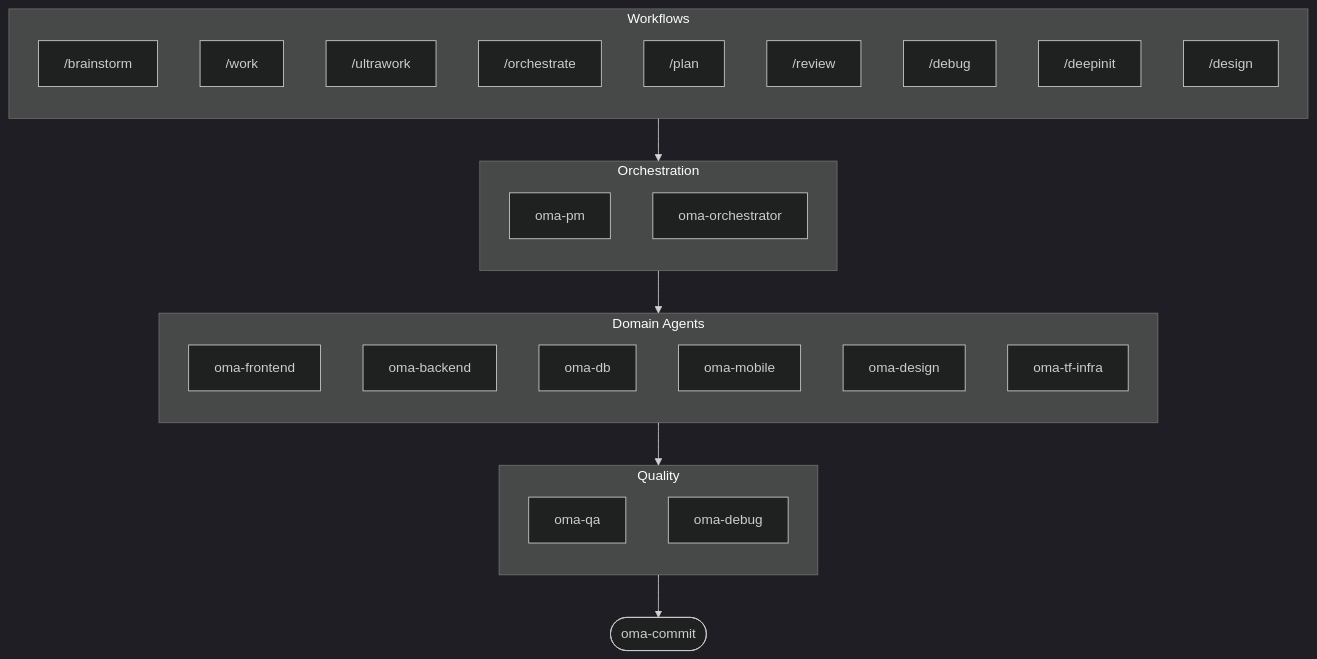
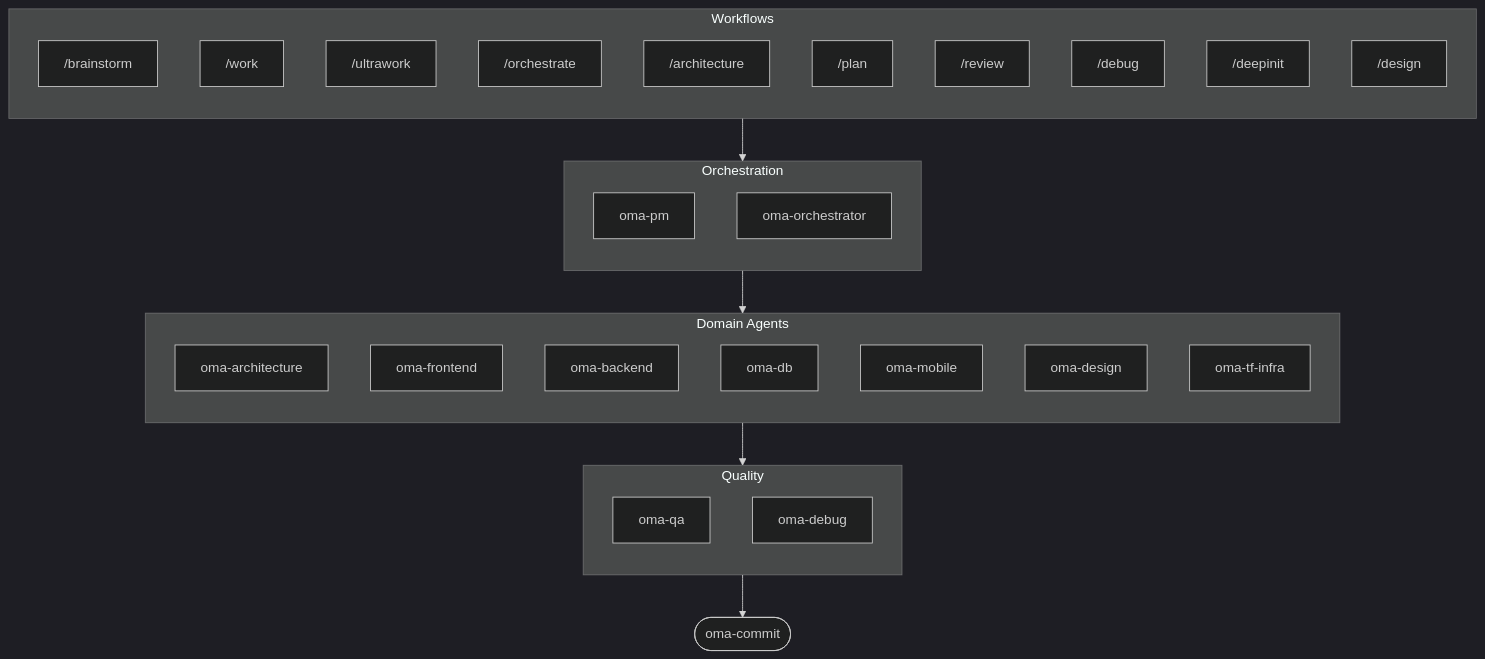
The diagram in docs/README.de.md (evehour/oh-my-agent), drawn with Mermaid (dark theme) before and after one commit. The commit also changed other lines of this file and 12 other files, not shown here.

First line of the commit message:
docs(readme): sync architecture agent ordering and diagram entries

````diff
--- a/docs/README.de.md
+++ b/docs/README.de.md
@@ -110,42 +111,44 @@
 ```mermaid
 flowchart TD
     subgraph Workflows["Workflows"]
         direction TB
         W0["/brainstorm"]
         W1["/work"]
         W1b["/ultrawork"]
         W2["/orchestrate"]
-        W3["/plan"]
-        W4["/review"]
-        W5["/debug"]
-        W6["/deepinit"]
-        W7["/design"]
+        W3["/architecture"]
+        W4["/plan"]
+        W5["/review"]
+        W6["/debug"]
+        W7["/deepinit"]
+        W8["/design"]
     end
 
     subgraph Orchestration["Orchestration"]
         direction TB
         PM[oma-pm]
         ORC[oma-orchestrator]
     end
 
     subgraph Domain["Domain Agents"]
         direction TB
+        ARC[oma-architecture]
         FE[oma-frontend]
         BE[oma-backend]
         DB[oma-db]
         MB[oma-mobile]
         DES[oma-design]
         TF[oma-tf-infra]
     end
 
     subgraph Quality["Quality"]
         direction TB
         QA[oma-qa]
         DBG[oma-debug]
     end
 
     Workflows --> Orchestration
     Orchestration --> Domain
     Domain --> Quality
     Quality --> CMT([oma-commit])
 ```
````
